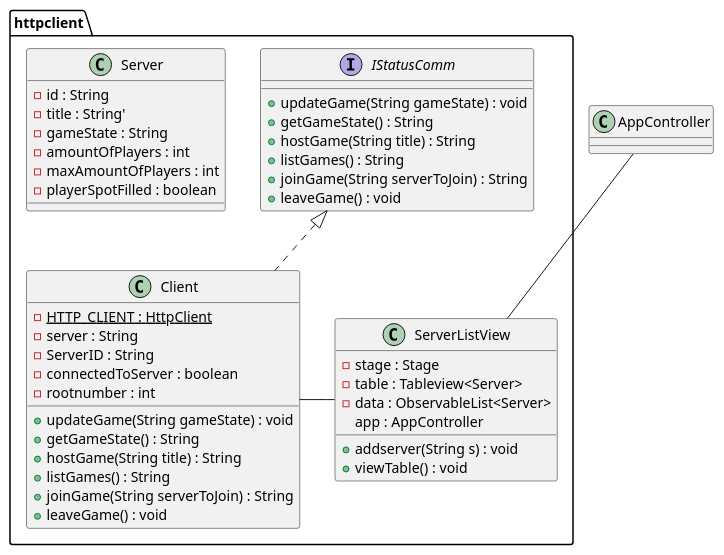
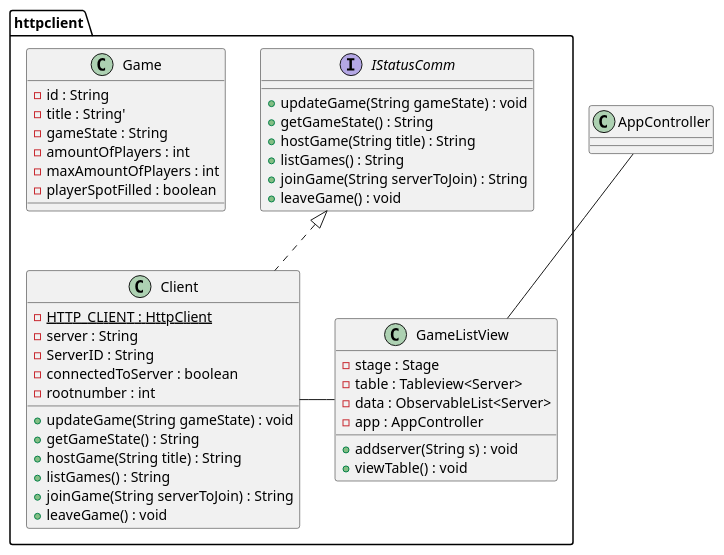
One commit to MikaelFangel/RoboRally changed the diagram in diagrams/ClassDiagrams/DesignClassDiagramPackageHTTPClient.puml. Above: the diagram before and after it, drawn with PlantUML. The commit also changed 1 other file, not shown here.

Commit message:
Small changes in DesignClassDiagramPackageHTTPClient.puml and GameListView.java

```diff
--- a/diagrams/ClassDiagrams/DesignClassDiagramPackageHTTPClient.puml
+++ b/diagrams/ClassDiagrams/DesignClassDiagramPackageHTTPClient.puml
@@ -1,51 +1,51 @@
 @startuml
 skinparam groupInheritance 2
 skinparam linetype polyline
 
 package httpclient{
    class Client{
       {Static} -HTTP_CLIENT : HttpClient
       -server : String
       -ServerID : String
       -connectedToServer : boolean
       -rootnumber : int
 
       +updateGame(String gameState) : void
       +getGameState() : String
       +hostGame(String title) : String
       +listGames() : String
       +joinGame(String serverToJoin) : String
       +leaveGame() : void
    }
    interface IStatusComm{
      +updateGame(String gameState) : void
      +getGameState() : String
      +hostGame(String title) : String
      +listGames() : String
      +joinGame(String serverToJoin) : String
      +leaveGame() : void
    }
-   class Server{
+   class Game{
       -id : String
       -title : String'
       -gameState : String
       -amountOfPlayers : int
       -maxAmountOfPlayers : int
       -playerSpotFilled : boolean
    }
-   class ServerListView{
+   class GameListView{
        -stage : Stage
        -table : Tableview<Server>
        -data : ObservableList<Server>
-        app : AppController
+        -app : AppController
 
         +addserver(String s) : void
         +viewTable() : void
    }
 }
 
-AppController -d- ServerListView
+AppController -d- GameListView
 IStatusComm <|.d. Client
-Client - ServerListView
+Client - GameListView
 
 @enduml
```
